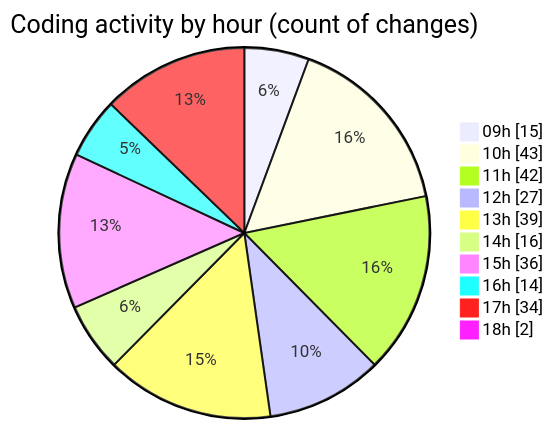
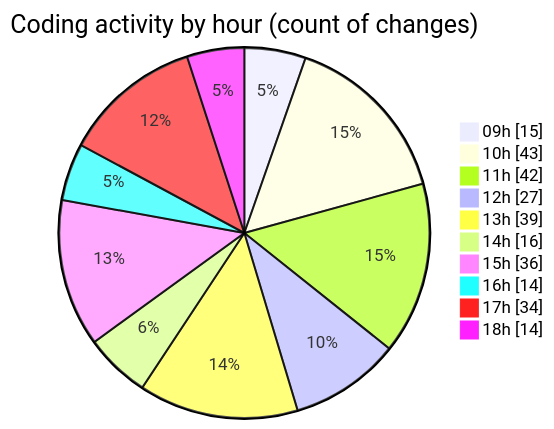
One commit to momahboobian/code-tracking changed the second of 2 diagrams in 2025-09-30/cda/README.md. Above: the diagram before and after it, drawn with Mermaid. The commit also changed other lines of this file and 1 other file, not shown here.

````diff
--- a/2025-09-30/cda/README.md
+++ b/2025-09-30/cda/README.md
@@ -34,14 +34,14 @@
 ```mermaid
 pie showData
 title Coding activity by hour (count of changes)
 "09h" : 15
 "10h" : 43
 "11h" : 42
 "12h" : 27
 "13h" : 39
 "14h" : 16
 "15h" : 36
 "16h" : 14
 "17h" : 34
-"18h" : 2
+"18h" : 14
 ```
````
